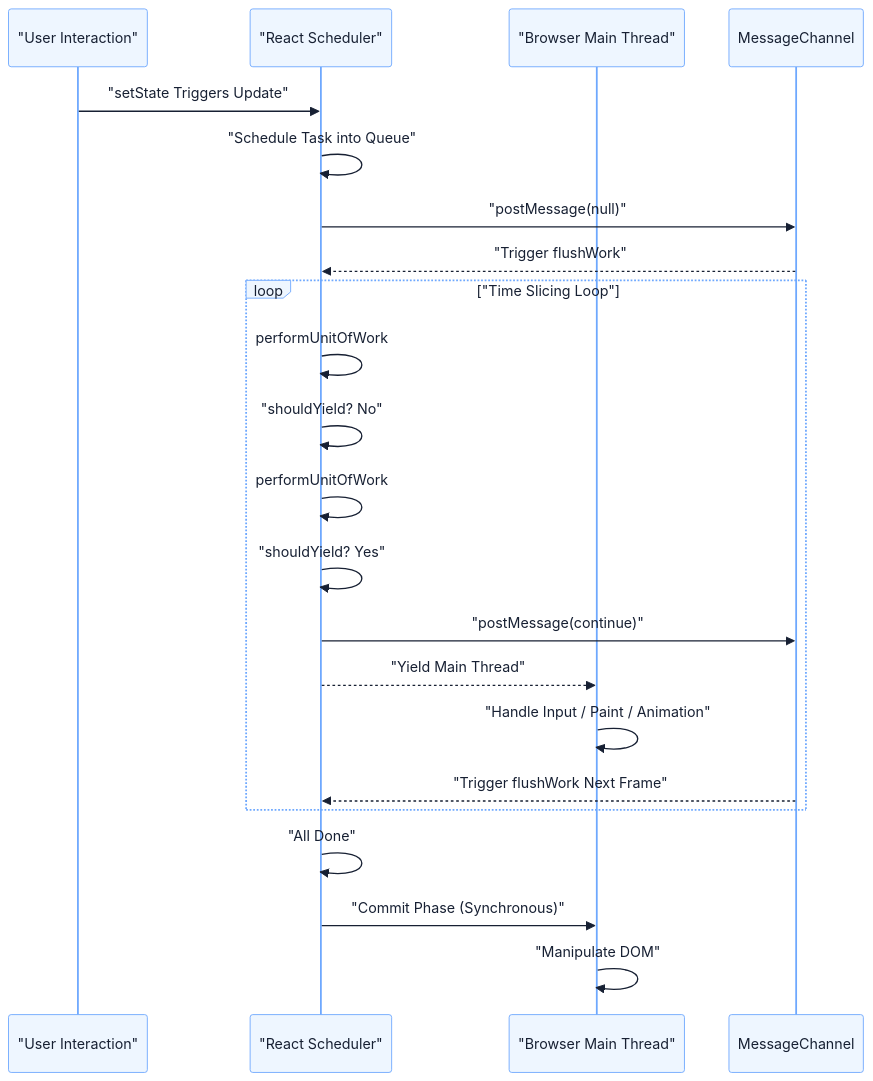
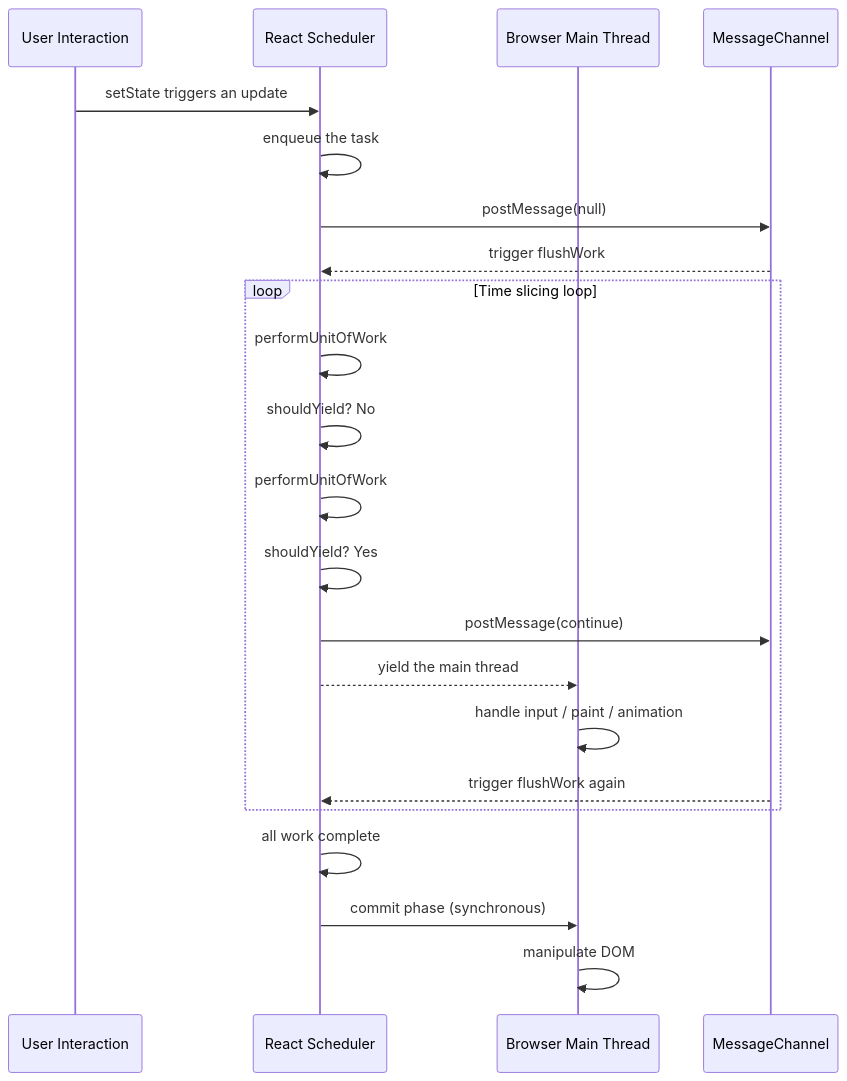
One commit to Fatejian/frontier-vault changed the fourth of 7 diagrams in docs/en/frameworks/react-fiber.md. Above: the diagram before and after it, drawn with Mermaid. The commit also changed other lines of this file and 41 other files, not shown here.

````diff
--- a/docs/en/frameworks/react-fiber.md
+++ b/docs/en/frameworks/react-fiber.md
@@ -474,28 +432,27 @@
 ```mermaid
-%%{init: {'theme': 'base', 'themeVariables': { 'fontFamily': 'Inter, PingFang SC, Microsoft YaHei, sans-serif', 'primaryColor': '#EEF6FF', 'primaryTextColor': '#172033', 'primaryBorderColor': '#6EA8FE', 'lineColor': '#8A94A6', 'secondaryColor': '#F7F9FC', 'tertiaryColor': '#FFF7E6', 'fontSize': '13px'}}}%%
 sequenceDiagram
-    participant U as "User Interaction"
-    participant R as "React Scheduler"
-    participant B as "Browser Main Thread"
+    participant U as User Interaction
+    participant R as React Scheduler
+    participant B as Browser Main Thread
     participant M as MessageChannel
 
-    U->>R: "setState Triggers Update"
-    R->>R: "Schedule Task into Queue"
-    R->>M: "postMessage(null)"
-    M-->>R: "Trigger flushWork"
+    U->>R: setState triggers an update
+    R->>R: enqueue the task
+    R->>M: postMessage(null)
+    M-->>R: trigger flushWork
 
-    loop "Time Slicing Loop"
+    loop Time slicing loop
         R->>R: performUnitOfWork
-        R->>R: "shouldYield? No"
+        R->>R: shouldYield? No
         R->>R: performUnitOfWork
-        R->>R: "shouldYield? Yes"
-        R->>M: "postMessage(continue)"
-        R-->>B: "Yield Main Thread"
-        B->>B: "Handle Input / Paint / Animation"
-        M-->>R: "Trigger flushWork Next Frame"
+        R->>R: shouldYield? Yes
+        R->>M: postMessage(continue)
+        R-->>B: yield the main thread
+        B->>B: handle input / paint / animation
+        M-->>R: trigger flushWork again
     end
 
-    R->>R: "All Done"
-    R->>B: "Commit Phase (Synchronous)"
-    B->>B: "Manipulate DOM"
+    R->>R: all work complete
+    R->>B: commit phase (synchronous)
+    B->>B: manipulate DOM
 ```
````
